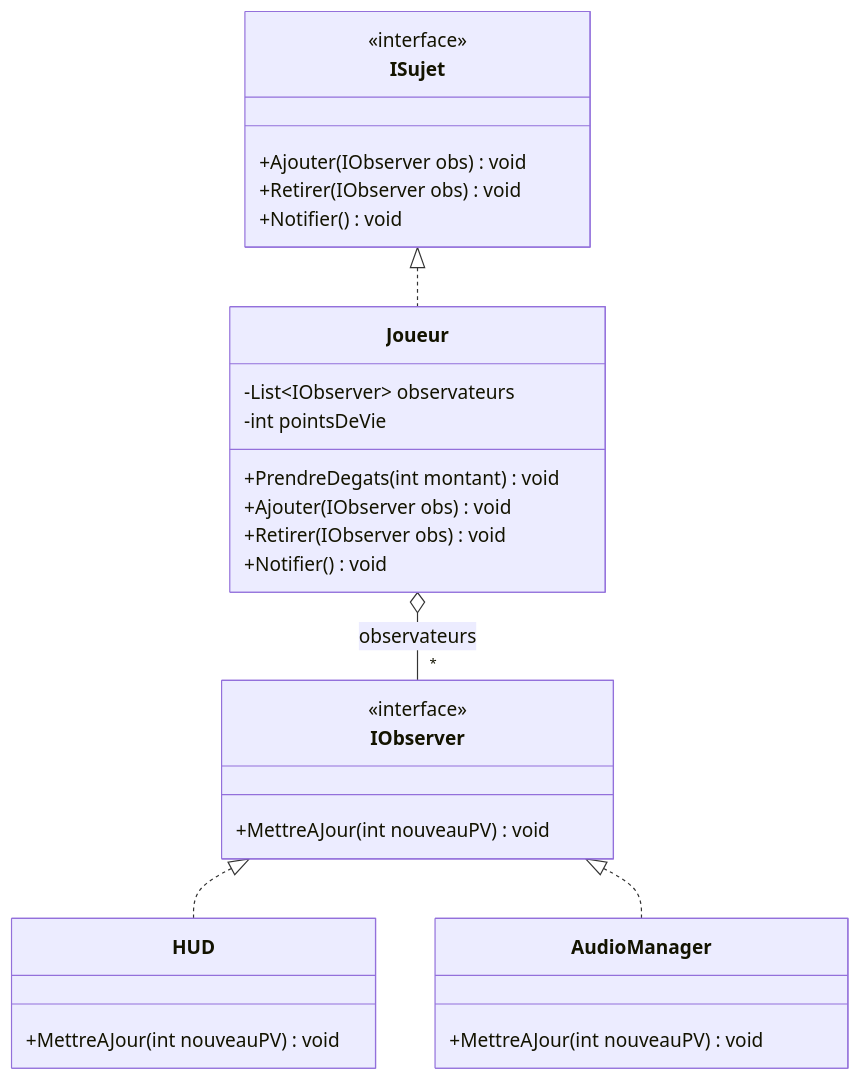
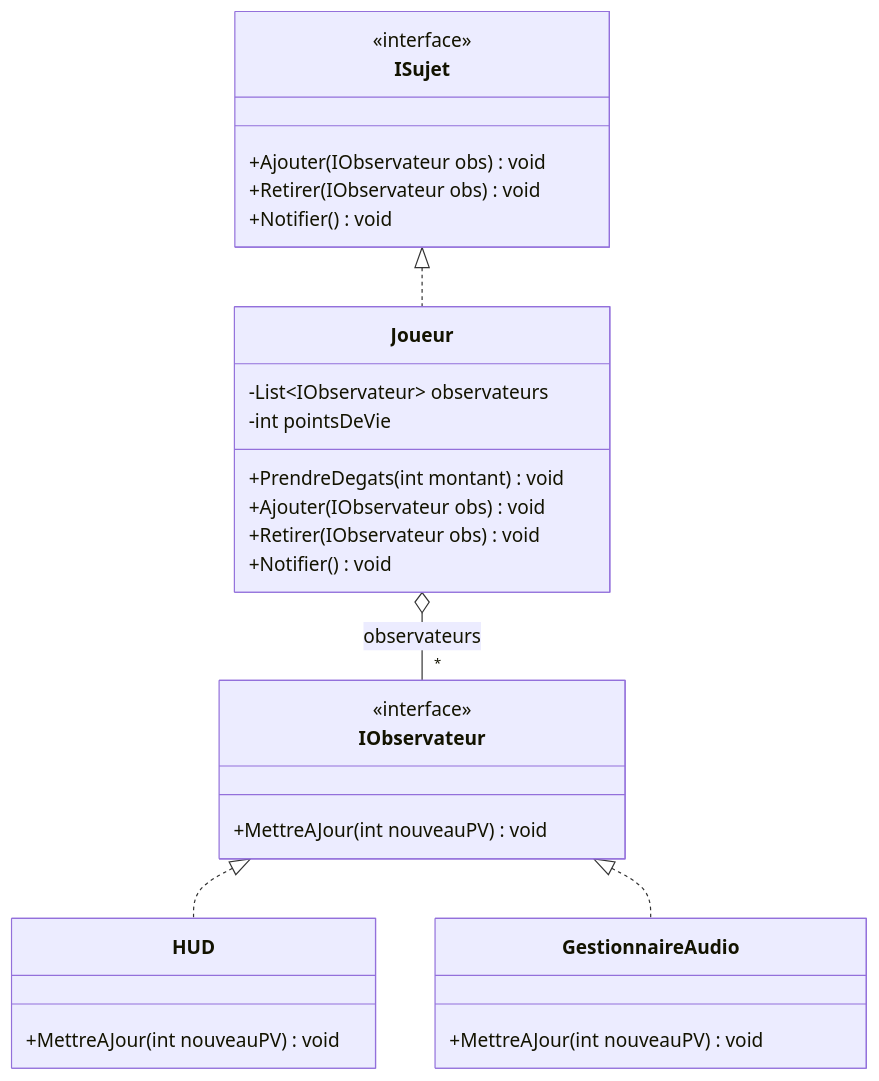
Before and after one commit to JulesGilli/object-oriented-programming-course: the first of 2 diagrams in Chapitre 2/Partie III — Patterns Comportementaux/7. Observer.md, drawn with Mermaid. The commit also changed other lines of this file and 24 other files, not shown here.

````diff
--- a/Chapitre 2/Partie III — Patterns Comportementaux/7. Observer.md
+++ b/Chapitre 2/Partie III — Patterns Comportementaux/7. Observer.md
@@ -67,31 +67,31 @@
 ```mermaid
 classDiagram
     class ISujet {
         <<interface>>
-        +Ajouter(IObserver obs) void
-        +Retirer(IObserver obs) void
+        +Ajouter(IObservateur obs) void
+        +Retirer(IObservateur obs) void
         +Notifier() void
     }
-    class IObserver {
+    class IObservateur {
         <<interface>>
         +MettreAJour(int nouveauPV) void
     }
     class Joueur {
-        -List~IObserver~ observateurs
+        -List~IObservateur~ observateurs
         -int pointsDeVie
         +PrendreDegats(int montant) void
-        +Ajouter(IObserver obs) void
-        +Retirer(IObserver obs) void
+        +Ajouter(IObservateur obs) void
+        +Retirer(IObservateur obs) void
         +Notifier() void
     }
     class HUD {
         +MettreAJour(int nouveauPV) void
     }
-    class AudioManager {
+    class GestionnaireAudio {
         +MettreAJour(int nouveauPV) void
     }
     ISujet <|.. Joueur
-    Joueur o-- "*" IObserver : observateurs
-    IObserver <|.. HUD
-    IObserver <|.. AudioManager
+    Joueur o-- "*" IObservateur : observateurs
+    IObservateur <|.. HUD
+    IObservateur <|.. GestionnaireAudio
 ```
````
